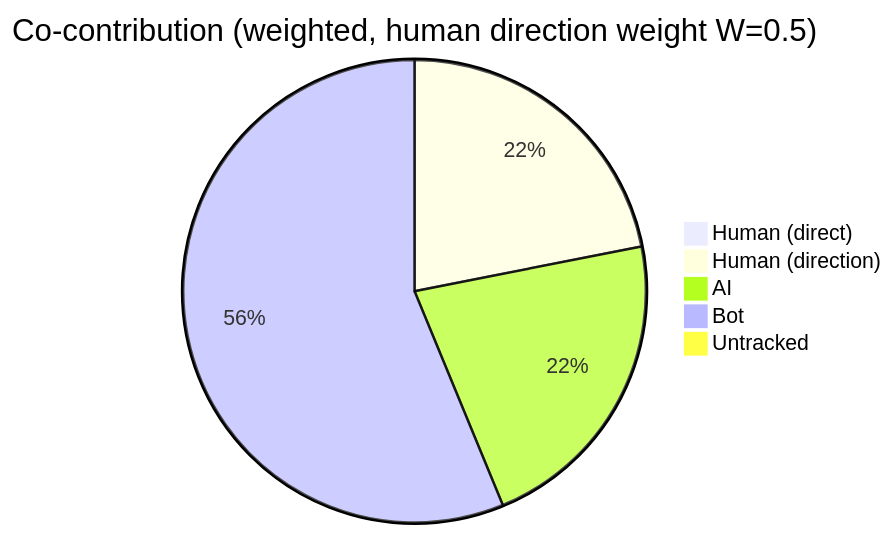
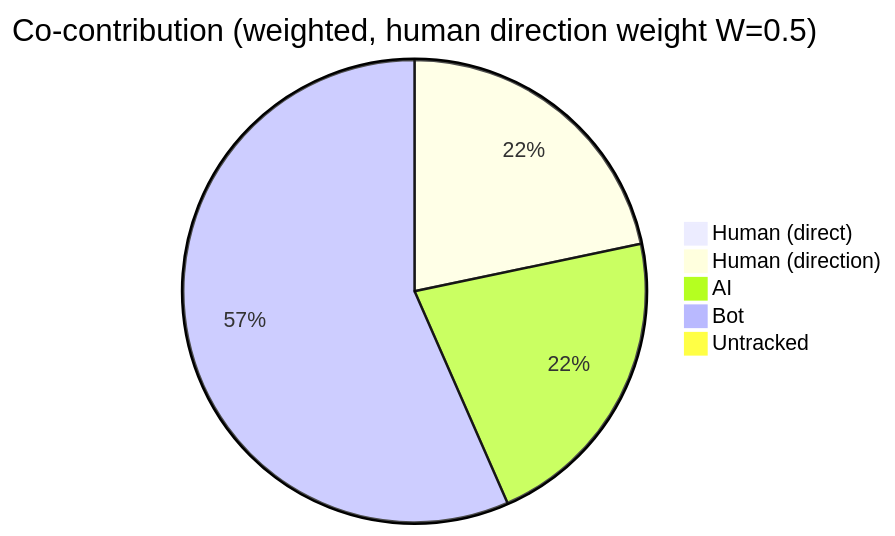
One commit to CaliMark/ai-authorship changed the first of 4 diagrams in AI-AUTHORSHIP.md. Above: the diagram before and after it, drawn with Mermaid. The commit also changed other lines of this file and 1 other file, not shown here.

````diff
--- a/AI-AUTHORSHIP.md
+++ b/AI-AUTHORSHIP.md
@@ -23,8 +23,8 @@
 ```mermaid
 pie title Co-contribution (weighted, human direction weight W=0.5)
     "Human (direct)" : 0
-    "Human (direction)" : 1054
-    "AI" : 1053
-    "Bot" : 2707
+    "Human (direction)" : 1027
+    "AI" : 1027
+    "Bot" : 2677
     "Untracked" : 0
 ```
````
